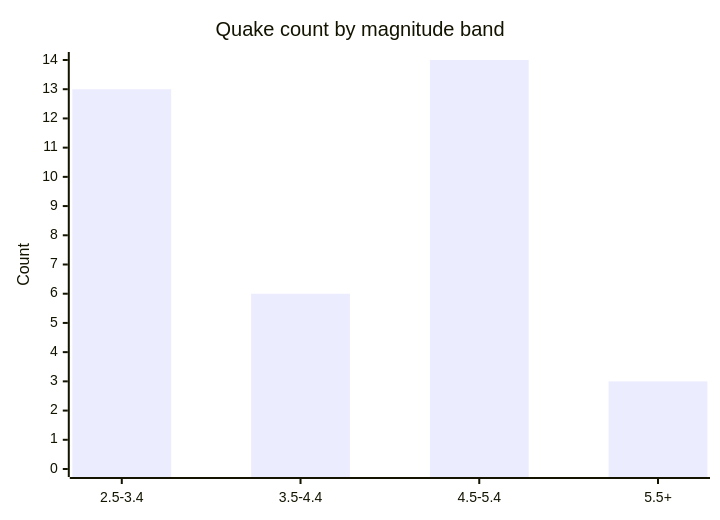
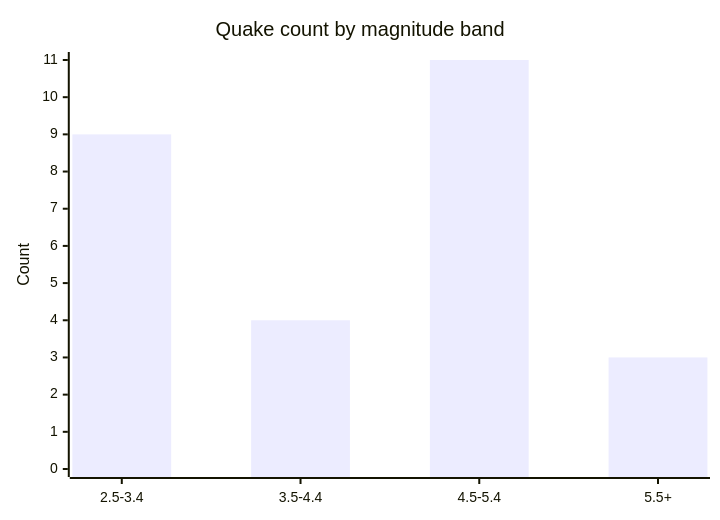
The fifth of 6 diagrams in docs/GRAPHS.md (Midwest-Stratospheric/aerostratospheric-defense-gir), drawn with Mermaid before and after one commit. The commit also changed other lines of this file and 25 other files, not shown here.

````diff
--- a/docs/GRAPHS.md
+++ b/docs/GRAPHS.md
@@ -82,7 +82,7 @@
 ```mermaid
 xychart-beta
   title "Quake count by magnitude band"
   x-axis ["2.5-3.4", "3.5-4.4", "4.5-5.4", "5.5+"]
-  y-axis "Count" 0 --> 14
-  bar [13, 6, 14, 3]
+  y-axis "Count" 0 --> 11
+  bar [9, 4, 11, 3]
 ```
````
